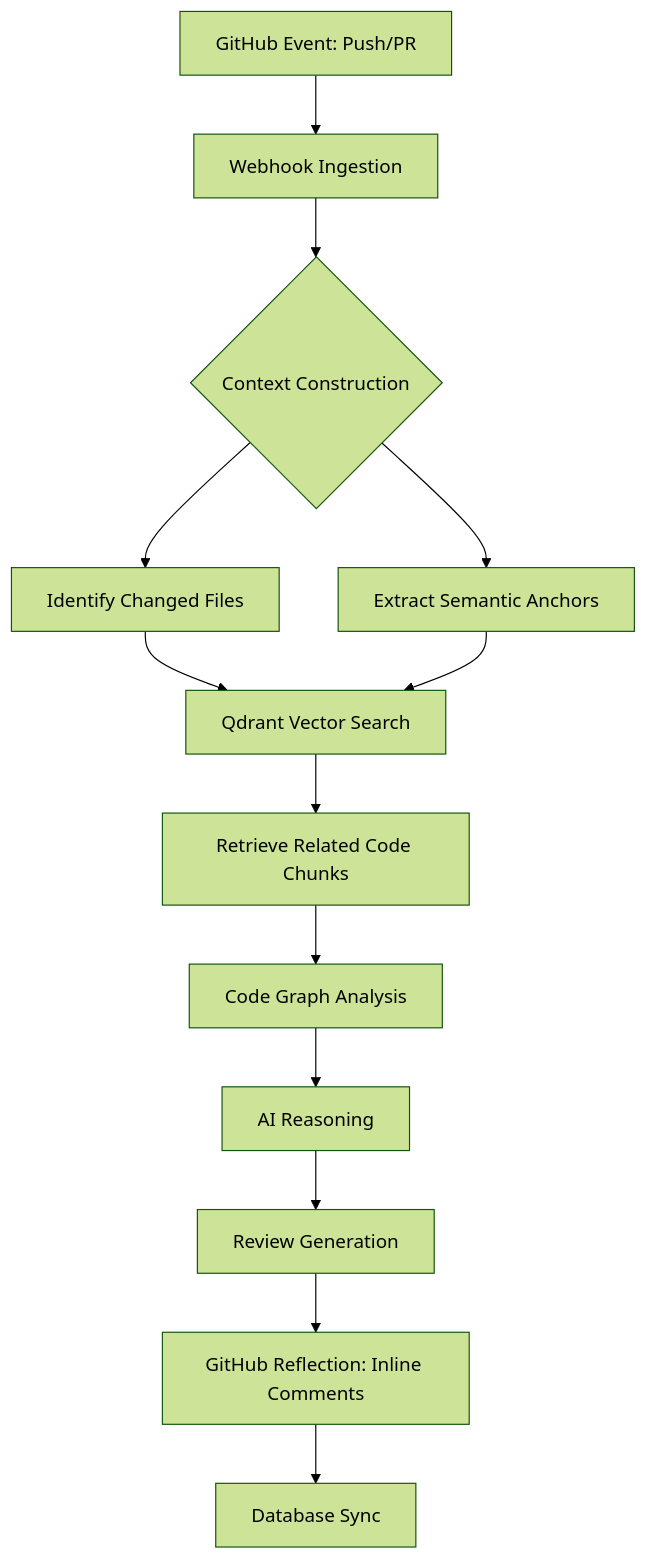
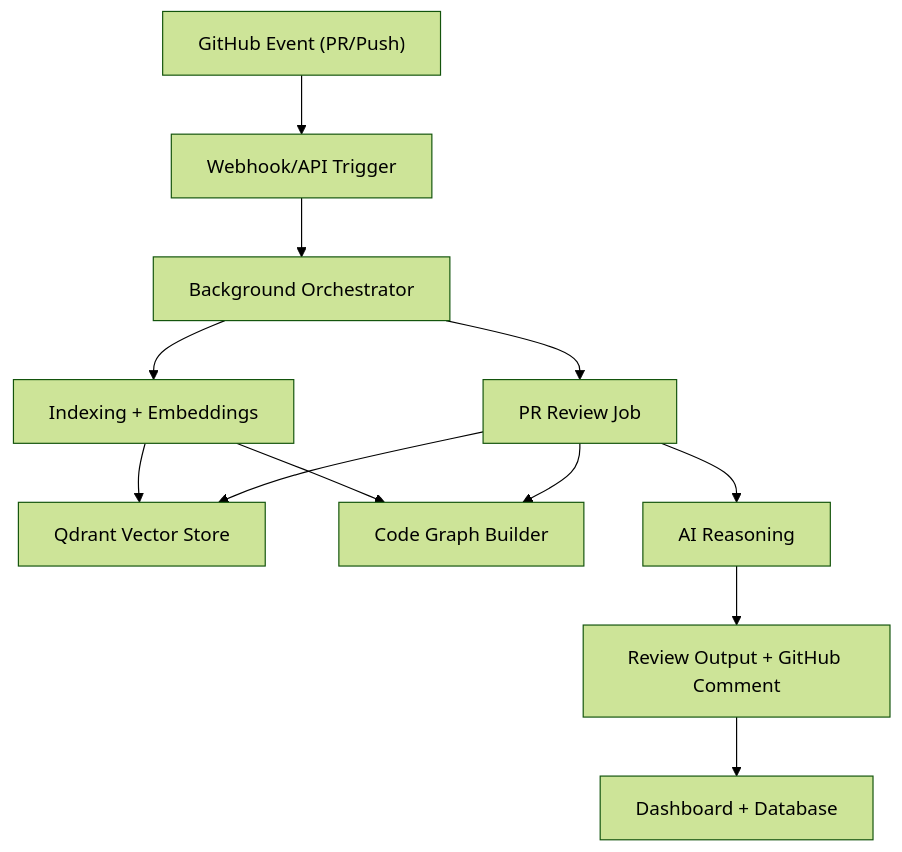
One commit to mayurbijarniya/Revio changed the diagram in README.md. Above: the diagram before and after it, drawn with Mermaid (forest theme). The commit also changed other lines of this file and 7 other files, not shown here.

````diff
--- a/README.md
+++ b/README.md
@@ -27,14 +42,14 @@
 ```mermaid
 graph TD
-    A[GitHub Event: Push/PR] --> B[Webhook Ingestion]
-    B --> C{Context Construction}
-    C --> D[Identify Changed Files]
-    C --> E[Extract Semantic Anchors]
-    D & E --> F[Qdrant Vector Search]
-    F --> G[Retrieve Related Code Chunks]
-    G --> H[Code Graph Analysis]
-    H --> I[AI Reasoning]
-    I --> J[Review Generation]
-    J --> K[GitHub Reflection: Inline Comments]
-    K --> L[Database Sync]
+    A["GitHub Event (PR/Push)"] --> B["Webhook/API Trigger"]
+    B --> C["Background Orchestrator"]
+    C --> D["Indexing + Embeddings"]
+    C --> E["PR Review Job"]
+    D --> F["Qdrant Vector Store"]
+    D --> G["Code Graph Builder"]
+    E --> F
+    E --> G
+    E --> H["AI Reasoning"]
+    H --> I["Review Output + GitHub Comment"]
+    I --> J["Dashboard + Database"]
 ```
````
